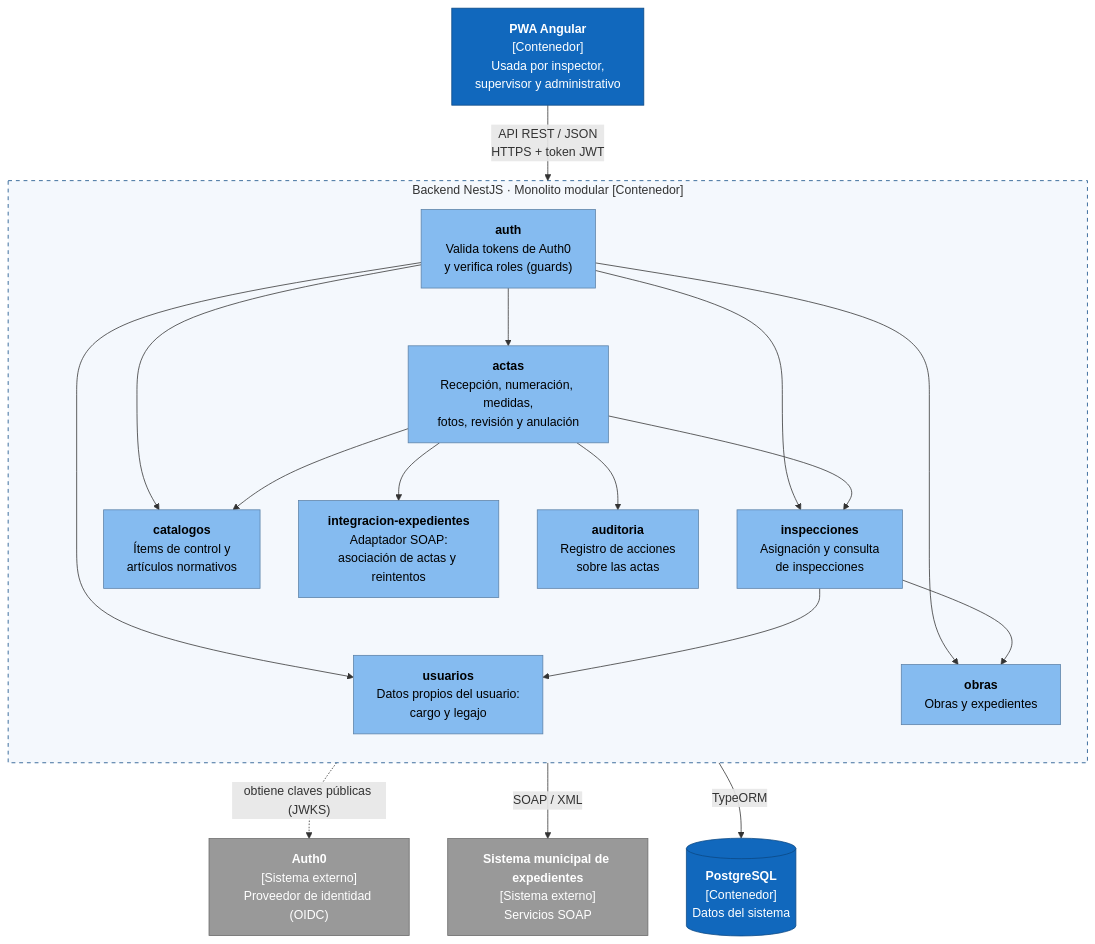
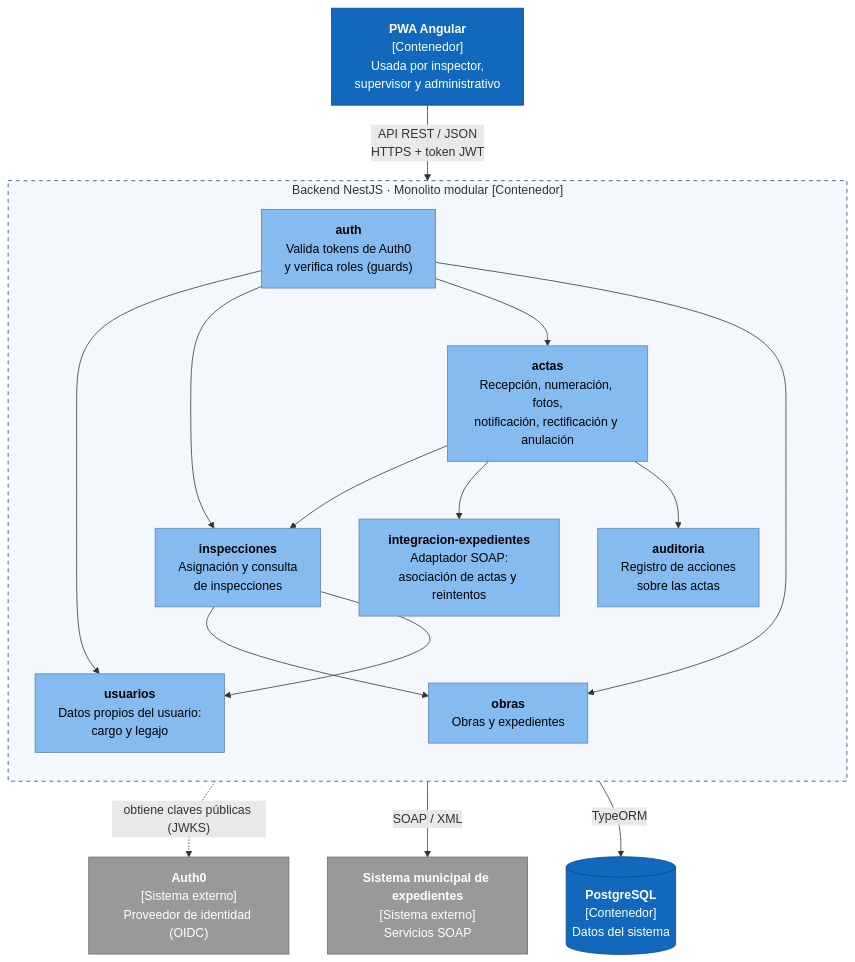
The diagram in docs/diagramas/c4-componentes-backend.mmd (franiiel/TP-Integrador-ArqDeSoftware1), drawn with Mermaid before and after one commit. The commit also changed 20 other files, not shown here.

```diff
--- a/docs/diagramas/c4-componentes-backend.mmd
+++ b/docs/diagramas/c4-componentes-backend.mmd
@@ -1,43 +1,40 @@
 flowchart TB
     pwa["<b>PWA Angular</b><br/>[Contenedor]<br/>Usada por inspector,<br/>supervisor y administrativo"]
     auth0["<b>Auth0</b><br/>[Sistema externo]<br/>Proveedor de identidad (OIDC)"]
     soap["<b>Sistema municipal de expedientes</b><br/>[Sistema externo]<br/>Servicios SOAP"]
     db[("<b>PostgreSQL</b><br/>[Contenedor]<br/>Datos del sistema")]
 
     subgraph backend["Backend NestJS · Monolito modular [Contenedor]"]
         direction TB
         auth["<b>auth</b><br/>Valida tokens de Auth0<br/>y verifica roles (guards)"]
         usuarios["<b>usuarios</b><br/>Datos propios del usuario:<br/>cargo y legajo"]
         obras["<b>obras</b><br/>Obras y expedientes"]
         inspecciones["<b>inspecciones</b><br/>Asignación y consulta<br/>de inspecciones"]
-        actas["<b>actas</b><br/>Recepción, numeración, medidas,<br/>fotos, revisión y anulación"]
-        catalogos["<b>catalogos</b><br/>Ítems de control y<br/>artículos normativos"]
+        actas["<b>actas</b><br/>Recepción, numeración, fotos,<br/>notificación, rectificación y anulación"]
         integracion["<b>integracion-expedientes</b><br/>Adaptador SOAP:<br/>asociación de actas y reintentos"]
         auditoria["<b>auditoria</b><br/>Registro de acciones<br/>sobre las actas"]
     end
 
     pwa -- "API REST / JSON<br/>HTTPS + token JWT" --> auth
     auth -. "obtiene claves públicas (JWKS)" .-> auth0
     auth --> usuarios
     auth --> inspecciones
     auth --> actas
     auth --> obras
-    auth --> catalogos
 
     actas --> inspecciones
-    actas --> catalogos
     actas --> integracion
     actas --> auditoria
     inspecciones --> obras
     inspecciones --> usuarios
     integracion -- "SOAP / XML" --> soap
 
     backend -- "TypeORM" --> db
 
     classDef ext fill:#999999,stroke:#6b6b6b,color:#fff
     classDef cont fill:#1168bd,stroke:#0b4884,color:#fff
     classDef comp fill:#85bbf0,stroke:#5d82a8,color:#000
     class auth0,soap ext
     class pwa,db cont
-    class auth,usuarios,obras,inspecciones,actas,catalogos,integracion,auditoria comp
+    class auth,usuarios,obras,inspecciones,actas,integracion,auditoria comp
     style backend fill:#f4f8fd,stroke:#0b4884,stroke-dasharray: 5 5
```
